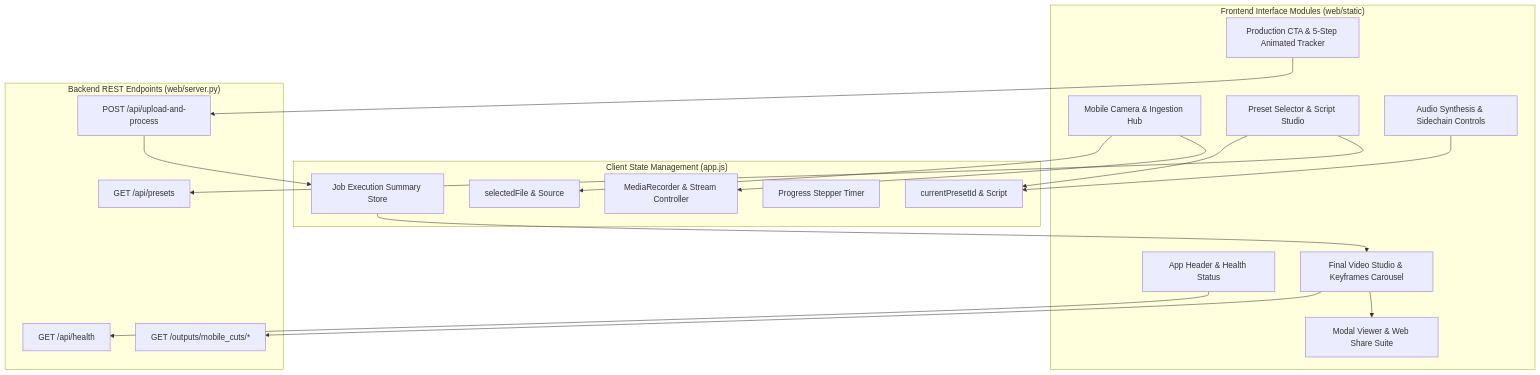
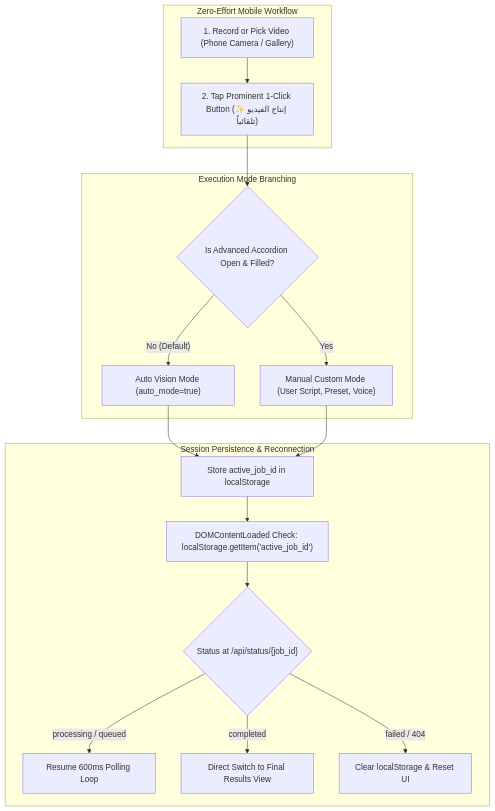
The diagram in web/static/README.md (MohammedBoure/lok), drawn with Mermaid before and after one commit. The commit also changed other lines of this file and 6 other files, not shown here.

First line of the commit message:
feat(mobile-frontend): implement 1-click zero-effort UX, session persistence, and emotional tone display

````diff
--- a/web/static/README.md
+++ b/web/static/README.md
@@ -28,39 +26,34 @@
 ```mermaid
 flowchart TD
-    subgraph UI_Modules["Frontend Interface Modules (web/static)"]
-        A["App Header & Health Status"]
-        B["Mobile Camera & Ingestion Hub"]
-        C["Preset Selector & Script Studio"]
-        D["Audio Synthesis & Sidechain Controls"]
-        E["Production CTA & 5-Step Animated Tracker"]
-        F["Final Video Studio & Keyframes Carousel"]
-        G["Modal Viewer & Web Share Suite"]
+    subgraph User_Action["Zero-Effort Mobile Workflow"]
+        A["1. Record or Pick Video (Phone Camera / Gallery)"]
+        B["2. Tap Prominent 1-Click Button (✨ إنتاج الفيديو تلقائياً)"]
     end
 
-    subgraph State_Engine["Client State Management (app.js)"]
-        S1["selectedFile & Source"]
-        S2["currentPresetId & Script"]
-        S3["MediaRecorder & Stream Controller"]
-        S4["Progress Stepper Timer"]
-        S5["Job Execution Summary Store"]
+    subgraph Mode_Branch["Execution Mode Branching"]
+        C{"Is Advanced Accordion Open & Filled?"}
+        D["Auto Vision Mode (auto_mode=true)"]
+        E["Manual Custom Mode (User Script, Preset, Voice)"]
     end
 
-    subgraph Backend_APIs["Backend REST Endpoints (web/server.py)"]
-        API1["GET /api/health"]
-        API2["GET /api/presets"]
-        API3["POST /api/upload-and-process"]
-        API4["GET /outputs/mobile_cuts/*"]
+    subgraph Session_Persistence["Session Persistence & Reconnection"]
+        F["Store active_job_id in localStorage"]
+        G["DOMContentLoaded Check: localStorage.getItem('active_job_id')"]
+        H{"Status at /api/status/{job_id}"}
+        I["Resume 600ms Polling Loop"]
+        J["Direct Switch to Final Results View"]
+        K["Clear localStorage & Reset UI"]
     end
 
-    A --> API1
-    B --> S1
-    B --> S3
-    C --> S2
-    C --> API2
-    D --> S2
-    E --> API3
-    API3 --> S5
-    S5 --> F
-    F --> API4
+    A --> B
+    B --> C
+    C -- No (Default) --> D
+    C -- Yes --> E
+    D --> F
+    E --> F
     F --> G
+    G --> H
+    H -- processing / queued --> I
+    H -- completed --> J
+    H -- failed / 404 --> K
 ```
````
